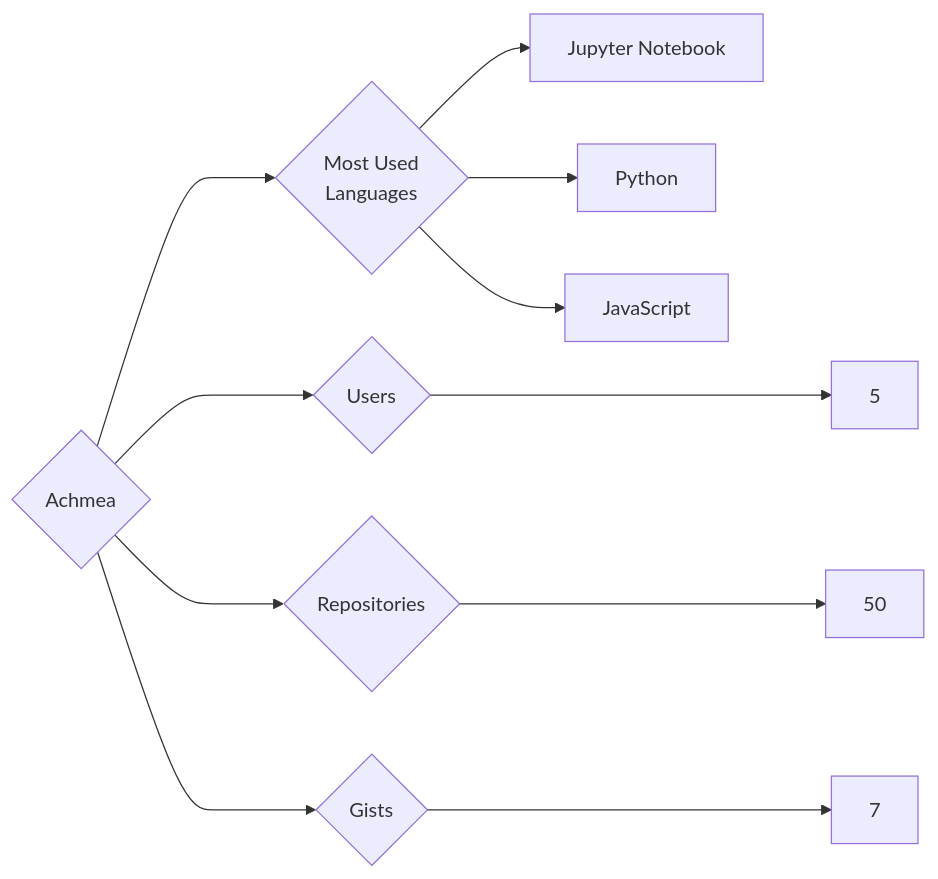
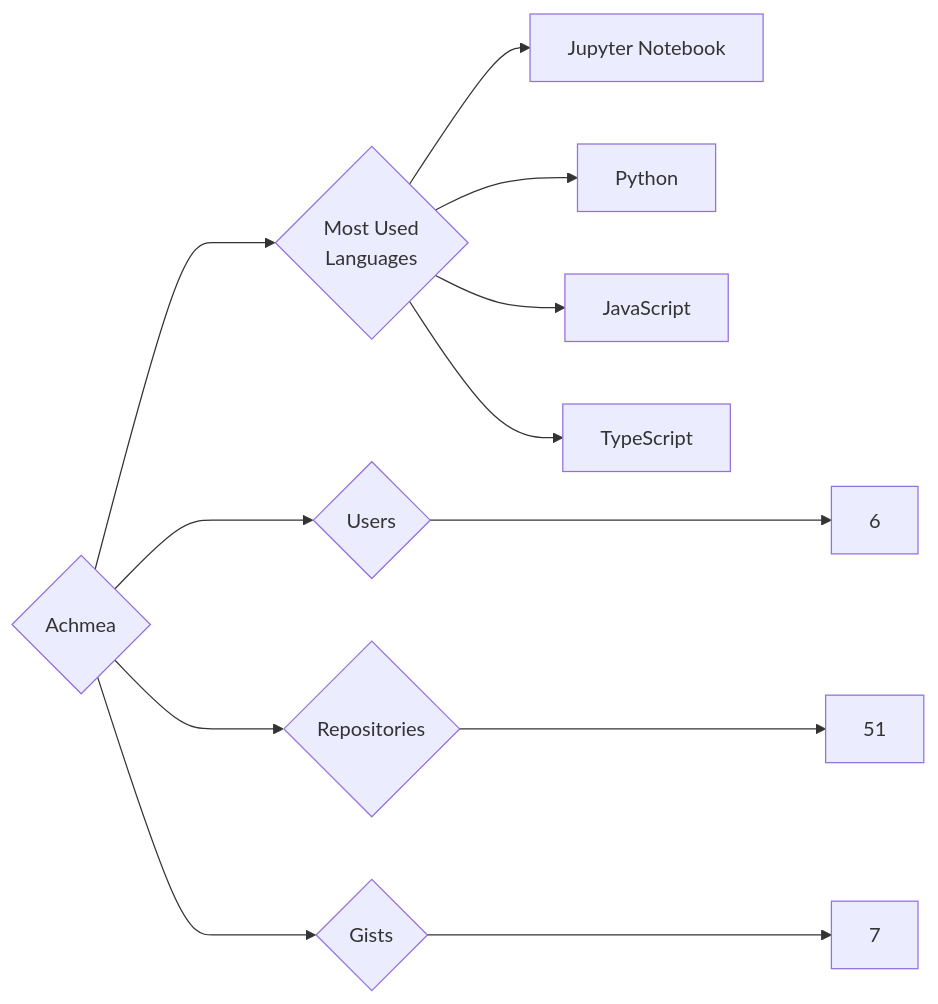
Before and after one commit to nenadzaric/insiders: the diagram in targets/Achmea/README.md, drawn with Mermaid. The commit also changed 25 other files, not shown here.

````diff
--- a/targets/Achmea/README.md
+++ b/targets/Achmea/README.md
@@ -3,11 +3,12 @@
 ```mermaid
 graph LR
 COMPANY_NAME{Achmea}
-COMPANY_NAME ---> U{Users} ---> UN[5]
-COMPANY_NAME ---> R{Repositories} ---> RN[50]
+COMPANY_NAME ---> U{Users} ---> UN[6]
+COMPANY_NAME ---> R{Repositories} ---> RN[51]
 COMPANY_NAME ---> G{Gists} ---> GN[7]
 COMPANY_NAME ---> ML{Most Used<br>Languages}
 ML --> Jupyter_Notebook[Jupyter Notebook]
 ML --> Python[Python]
 ML --> JavaScript[JavaScript]
+ML --> TypeScript[TypeScript]
 ```
````
